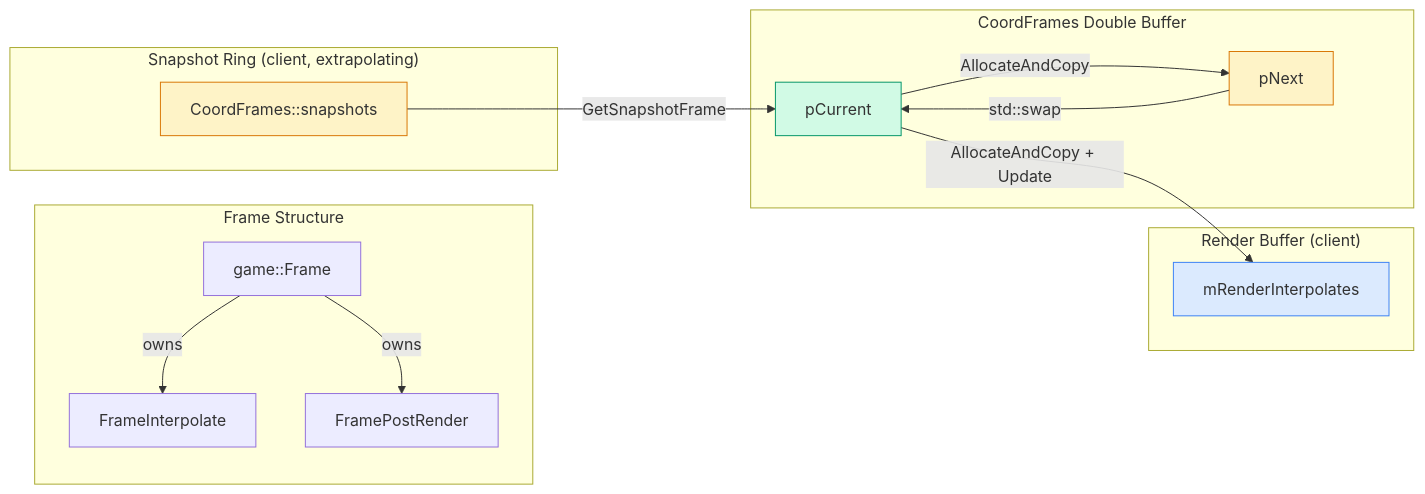
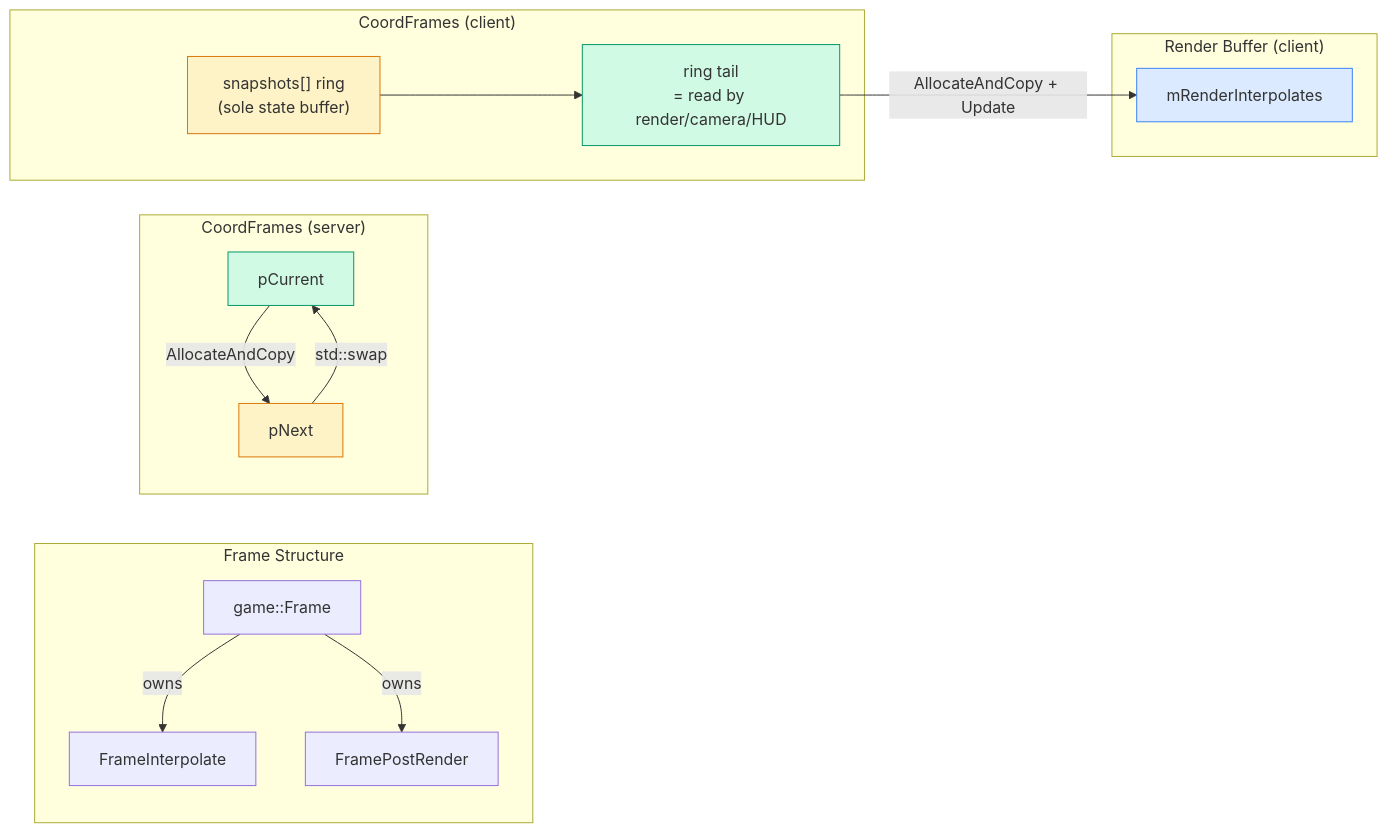
The fourth of 5 diagrams in Documents/Architecture/FrameUpdatePipeline.md (DougTanner/BrokenEnginePublic), drawn with Mermaid before and after one commit. The commit also changed other lines of this file and 45 other files, not shown here.

````diff
--- a/Documents/Architecture/FrameUpdatePipeline.md
+++ b/Documents/Architecture/FrameUpdatePipeline.md
@@ -149,33 +142,34 @@
 ```mermaid
 %%{init: {'theme': 'default'}}%%
 flowchart LR
     classDef current fill:#d1fae5,stroke:#059669
     classDef next fill:#fef3c7,stroke:#d97706
     classDef render fill:#dbeafe,stroke:#3b82f6
 
     subgraph frame_struct ["Frame Structure"]
         frame["game::Frame"]
         fi["FrameInterpolate"]
         fpr["FramePostRender"]
         frame -->|owns| fi
         frame -->|owns| fpr
     end
 
-    subgraph buffers ["CoordFrames Double Buffer"]
+    subgraph server_buffers ["CoordFrames (server)"]
         current["pCurrent"]:::current
         next_buf["pNext"]:::next
     end
 
-    subgraph snapshot_buf ["Snapshot Ring (client, extrapolating)"]
-        snap_stack["CoordFrames::snapshots"]:::next
+    subgraph client_buffers ["CoordFrames (client)"]
+        snap_stack["snapshots[] ring<br/>(sole state buffer)"]:::next
+        tail["ring tail<br/>= read by render/camera/HUD"]:::current
     end
 
     subgraph render_buf ["Render Buffer (client)"]
         render_interp["mRenderInterpolates"]:::render
     end
 
     current -->|"AllocateAndCopy"| next_buf
     next_buf -->|"std::swap"| current
-    current -->|"AllocateAndCopy + Update"| render_interp
-    snap_stack -->|"GetSnapshotFrame"| current
+    snap_stack --> tail
+    tail -->|"AllocateAndCopy + Update"| render_interp
 ```
````
